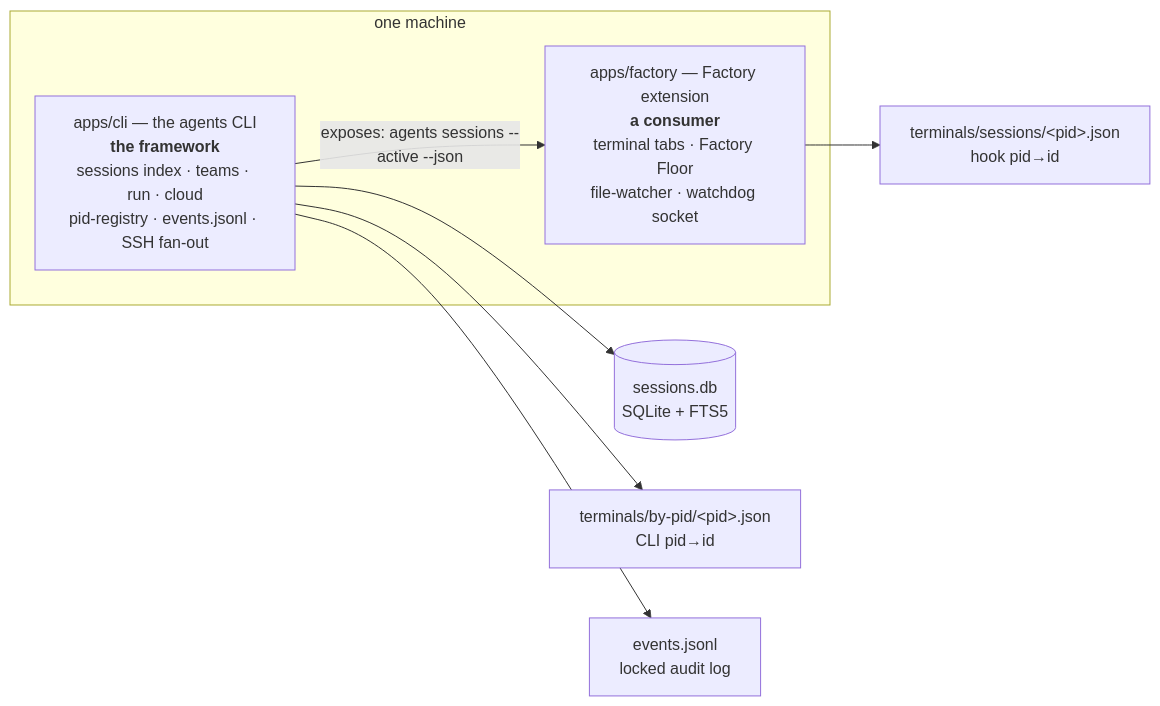
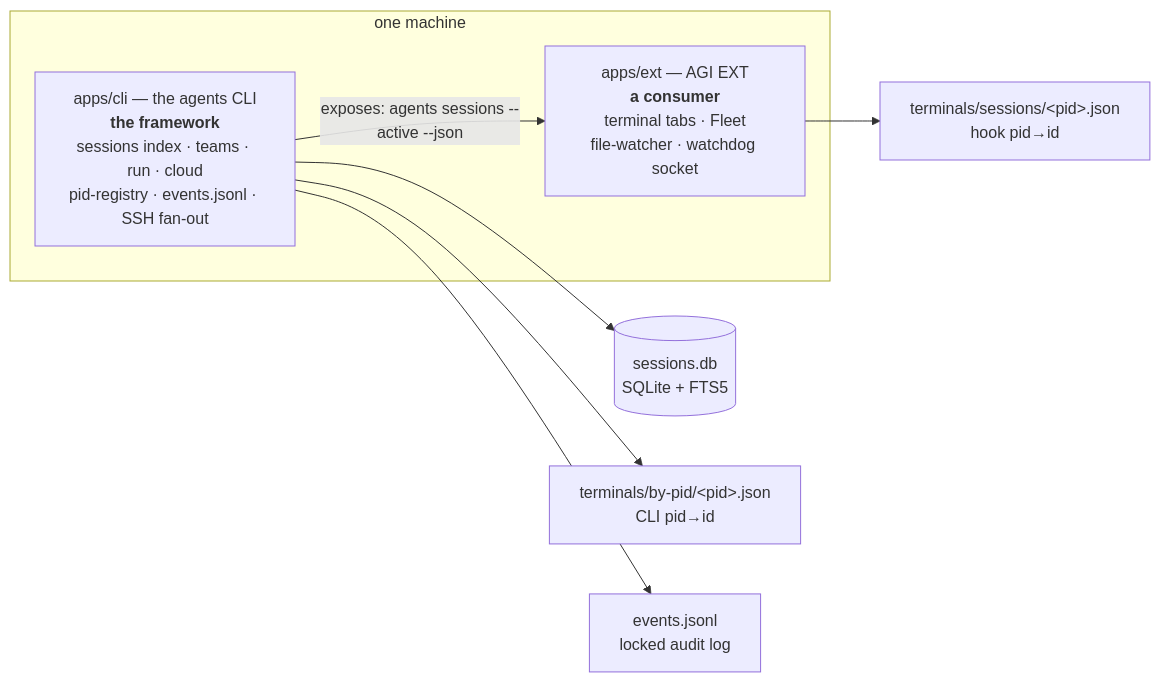
Before and after one commit to phnx-labs/agents-cli: the first of 2 diagrams in apps/cli/docs/architecture.md, drawn with Mermaid. The commit also changed other lines of this file and 640 other files, not shown here.

````diff
--- a/apps/cli/docs/architecture.md
+++ b/apps/cli/docs/architecture.md
@@ -26,12 +26,12 @@
 ```mermaid
 flowchart LR
   subgraph machine["one machine"]
     CLI["apps/cli — the agents CLI<br/><b>the framework</b><br/>sessions index · teams · run · cloud<br/>pid-registry · events.jsonl · SSH fan-out"]
-    FAC["apps/factory — Factory extension<br/><b>a consumer</b><br/>terminal tabs · Factory Floor<br/>file-watcher · watchdog socket"]
+    FAC["apps/ext — AGI EXT<br/><b>a consumer</b><br/>terminal tabs · Fleet<br/>file-watcher · watchdog socket"]
     CLI -- "exposes: agents sessions --active --json" --> FAC
   end
   CLI --> DB[("sessions.db<br/>SQLite + FTS5")]
   CLI --> BYPID["terminals/by-pid/&lt;pid&gt;.json<br/>CLI pid→id"]
   FAC --> SESS["terminals/sessions/&lt;pid&gt;.json<br/>hook pid→id"]
   CLI --> EV["events.jsonl<br/>locked audit log"]
 ```
````
